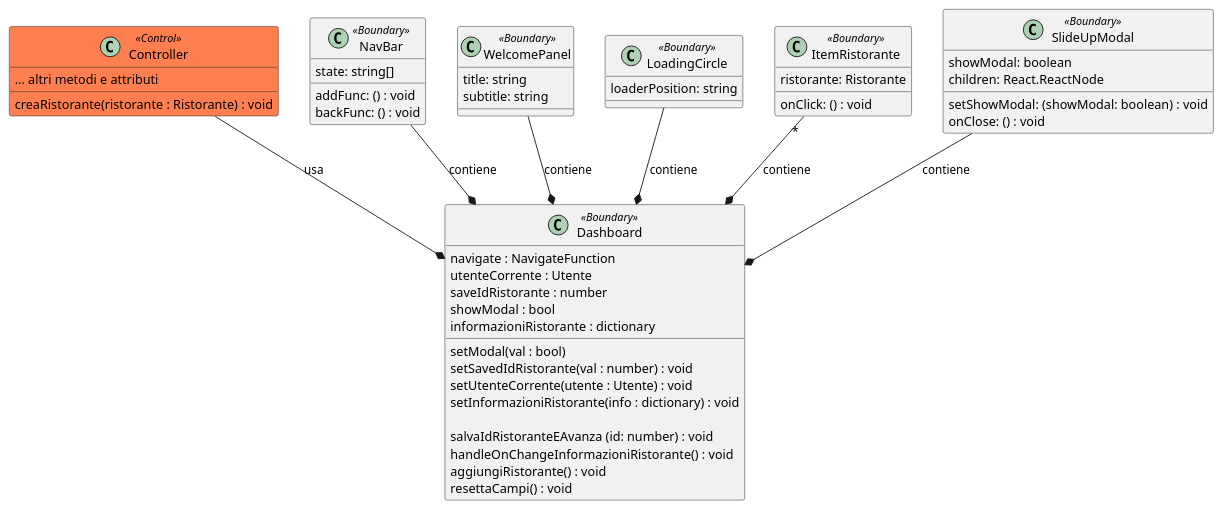
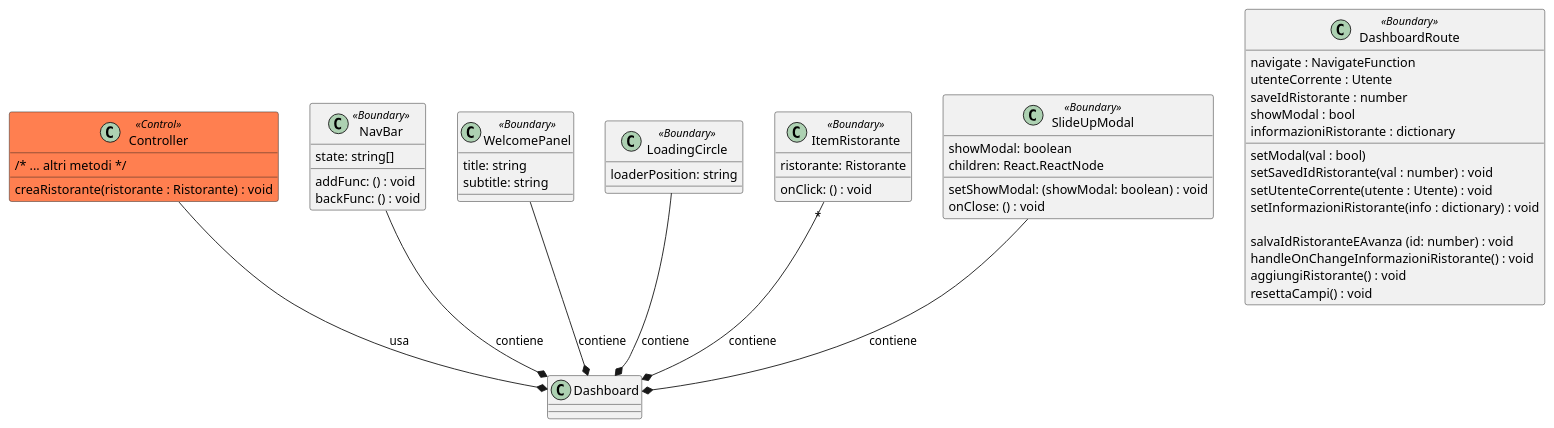
Before and after one commit to macro21KGB/Esame-INGSW-22-23: the diagram in diagrams/PUML/routes/Dashboard.puml, drawn with PlantUML. The commit also changed 9 other files, not shown here.

```diff
--- a/diagrams/PUML/routes/Dashboard.puml
+++ b/diagrams/PUML/routes/Dashboard.puml
@@ -1,69 +1,69 @@
 @startuml
 
 
 class Controller <<Control>> #coral{
-... altri metodi e attributi
+/* ... altri metodi */
 creaRistorante(ristorante : Ristorante) : void
 }
 
-class Dashboard <<Boundary>> {
+class DashboardRoute <<Boundary>> {
 navigate : NavigateFunction
 utenteCorrente : Utente
 saveIdRistorante : number
 showModal : bool
 setModal(val : bool)
 setSavedIdRistorante(val : number) : void
 setUtenteCorrente(utente : Utente) : void
 informazioniRistorante : dictionary
 setInformazioniRistorante(info : dictionary) : void
 
 salvaIdRistoranteEAvanza (id: number) : void
 handleOnChangeInformazioniRistorante() : void
 aggiungiRistorante() : void
 resettaCampi() : void
 }
 
 
 class NavBar <<Boundary>> {
 
 	addFunc: () : void
 	backFunc: () : void
 	state: string[]
 }
 
 class WelcomePanel <<Boundary>> {
 
     title: string
     subtitle: string
 
 }
 
 class LoadingCircle <<Boundary>> {
 
 	loaderPosition: string
 
 }
 class ItemRistorante <<Boundary>> {
 
     ristorante: Ristorante
     onClick: () : void
 
 }
 
 class SlideUpModal <<Boundary>> {
 
 	showModal: boolean
 	setShowModal: (showModal: boolean) : void
 	children: React.ReactNode
 	onClose: () : void
 
 }
 
 SlideUpModal --* Dashboard: contiene
 ItemRistorante "*"--* Dashboard: contiene
 WelcomePanel--* Dashboard: contiene
 NavBar --* Dashboard: contiene
 LoadingCircle --* Dashboard: contiene
 
 Controller --* Dashboard : usa
 @enduml
```
